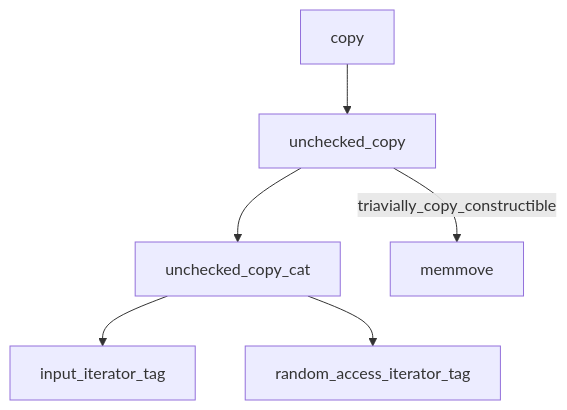
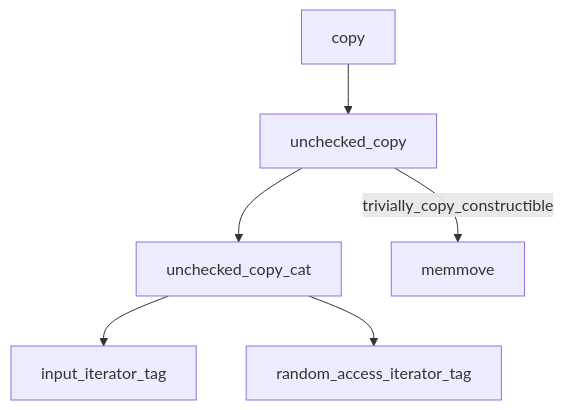
The fourth of 11 diagrams in README.md (LiuYuan-SHU/tiny_stl), drawn with Mermaid before and after one commit. The commit also changed other lines of this file and 1 other file, not shown here.

````diff
--- a/README.md
+++ b/README.md
@@ -144,5 +146,5 @@
 ```mermaid
 flowchart TD;
 copy --> unchecked_copy -->unchecked_copy_cat --> input_iterator_tag & random_access_iterator_tag
-unchecked_copy --triavially_copy_constructible--> memmove
+unchecked_copy --trivially_copy_constructible--> memmove
 ```
````
